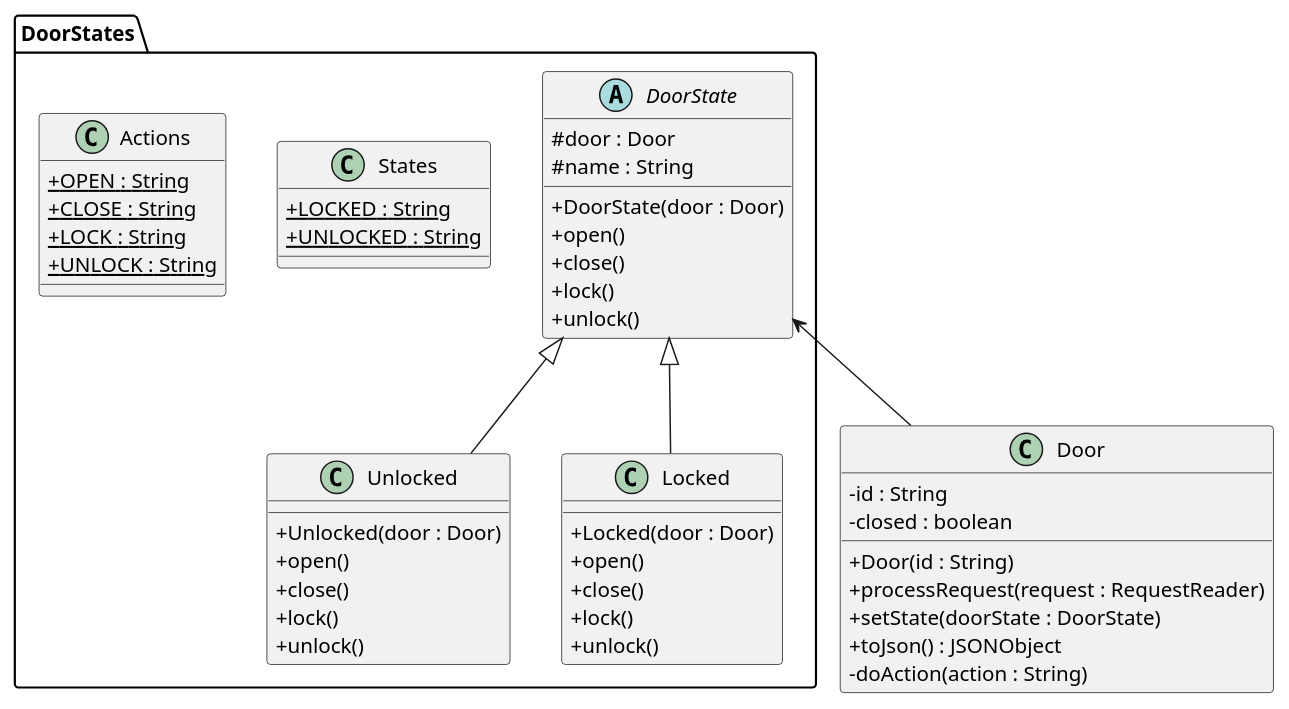
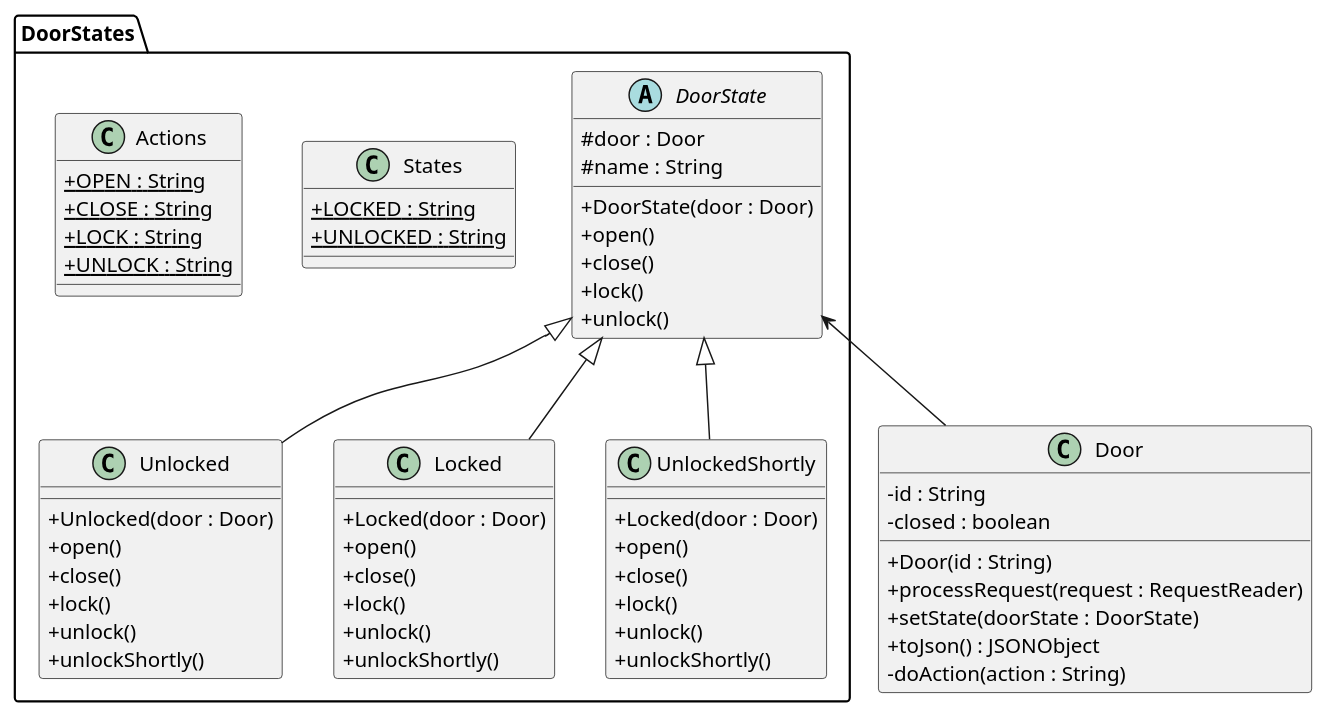
The diagram in src/baseNoStates/uml/doorState.puml (alexuab69/PracticaDS), drawn with PlantUML before and after one commit. The commit also changed 6 other files, not shown here.

```diff
--- a/src/baseNoStates/uml/doorState.puml
+++ b/src/baseNoStates/uml/doorState.puml
@@ -1,65 +1,77 @@
 @startuml
 'https://plantuml.com/sequence-diagram
 skinparam classAttributeIconSize 0
 
 
 class Door {
-- id : String
-- closed : boolean
-+ Door(id : String)
-+ processRequest(request : RequestReader)
-+ setState(doorState : DoorState)
-+ toJson() : JSONObject
-'+ toString() : String
-'+ isClosed() :boolean
-'+ setClosed(b : boolean)
-'+ getStateName() : String
-- doAction(action : String)
+    - id : String
+    - closed : boolean
+    + Door(id : String)
+    + processRequest(request : RequestReader)
+    + setState(doorState : DoorState)
+    + toJson() : JSONObject
+    '+ toString() : String
+    '+ isClosed() :boolean
+    '+ setClosed(b : boolean)
+    '+ getStateName() : String
+    - doAction(action : String)
 }
 
 package "DoorStates" {
     abstract class DoorState {
-    # door : Door
-    # name : String
-    + DoorState(door : Door)
-    + open()
-    + close()
-    + lock()
-    + unlock()
+        # door : Door
+        # name : String
+        + DoorState(door : Door)
+        + open()
+        + close()
+        + lock()
+        + unlock()
     }
 
     class States {
-    + {static} LOCKED : String
-    + {static} UNLOCKED : String
+        + {static} LOCKED : String
+        + {static} UNLOCKED : String
     }
 
     class Actions {
-    + {static} OPEN : String
-    + {static} CLOSE : String
-    + {static} LOCK : String
-    + {static} UNLOCK : String
+        + {static} OPEN : String
+        + {static} CLOSE : String
+        + {static} LOCK : String
+        + {static} UNLOCK : String
     }
 
     class Unlocked {
-    + Unlocked(door : Door)
-    + open()
-    + close()
-    + lock()
-    + unlock()
+        + Unlocked(door : Door)
+        + open()
+        + close()
+        + lock()
+        + unlock()
+        + unlockShortly()
     }
 
     class Locked {
-    + Locked(door : Door)
-    + open()
-    + close()
-    + lock()
-    + unlock()
+        + Locked(door : Door)
+        + open()
+        + close()
+        + lock()
+        + unlock()
+        + unlockShortly()
+    }
+
+    class UnlockedShortly {
+        + Locked(door : Door)
+        + open()
+        + close()
+        + lock()
+        + unlock()
+        + unlockShortly()
     }
 
     DoorState <|-- Unlocked
+    DoorState <|-- UnlockedShortly
     DoorState <|-- Locked
 }
 
 DoorState <-- Door
 
 @enduml
```
